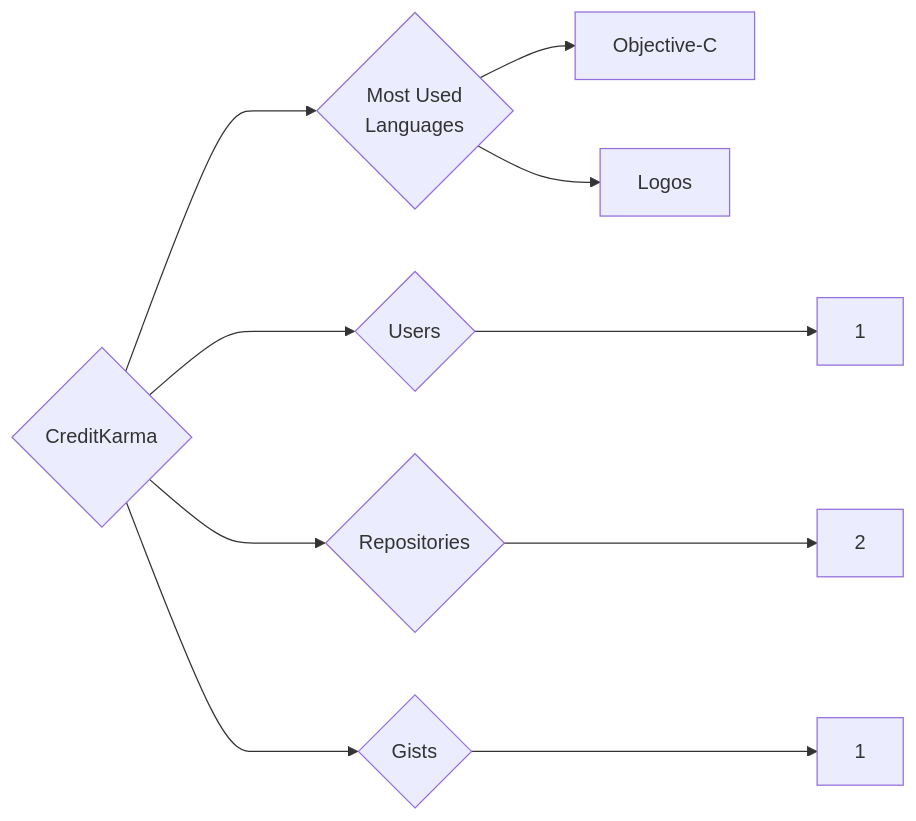
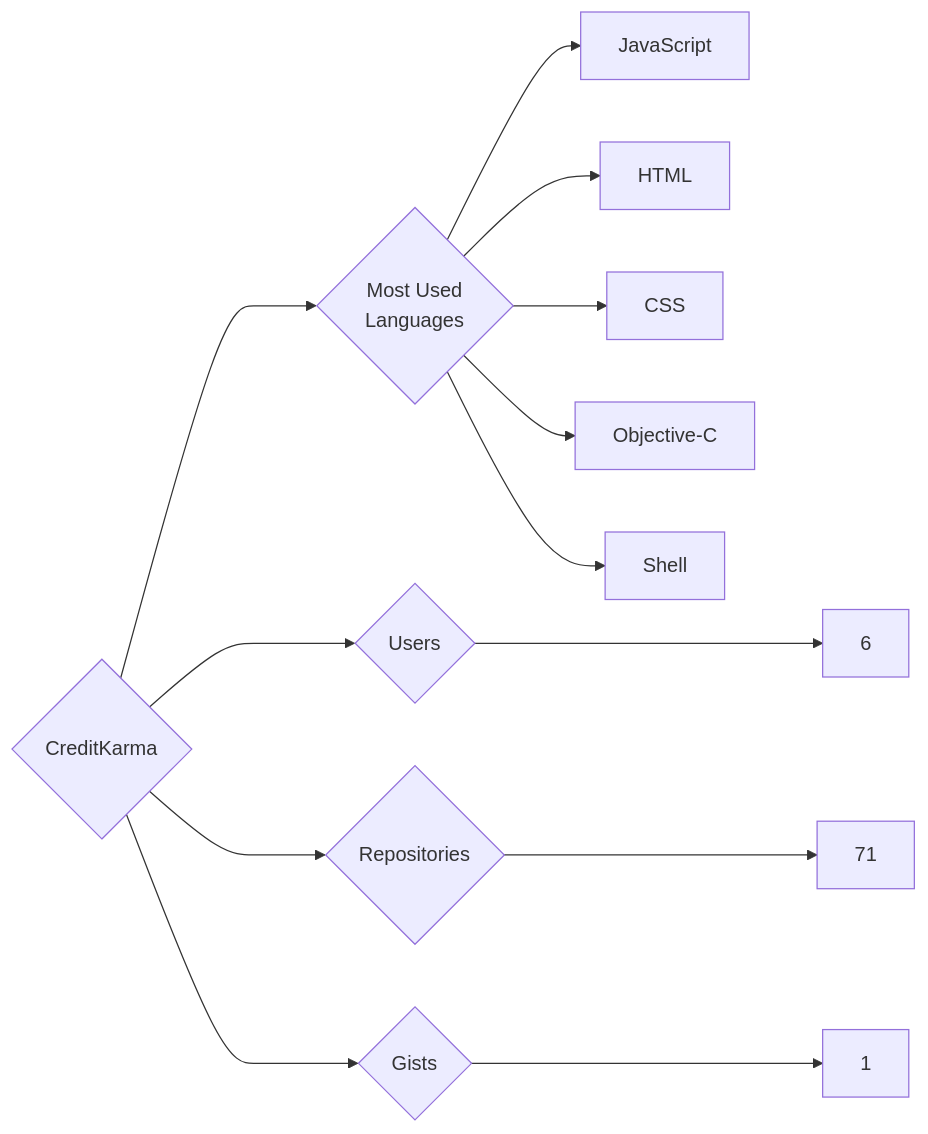
Before and after one commit to trickest/insiders: the diagram in targets/CreditKarma/README.md, drawn with Mermaid. The commit also changed 998 other files, not shown here.

````diff
--- a/targets/CreditKarma/README.md
+++ b/targets/CreditKarma/README.md
@@ -3,10 +3,13 @@
 ```mermaid
 graph LR
 COMPANY_NAME{CreditKarma}
-COMPANY_NAME ---> U{Users} ---> UN[1]
-COMPANY_NAME ---> R{Repositories} ---> RN[2]
+COMPANY_NAME ---> U{Users} ---> UN[6]
+COMPANY_NAME ---> R{Repositories} ---> RN[71]
 COMPANY_NAME ---> G{Gists} ---> GN[1]
 COMPANY_NAME ---> ML{Most Used<br>Languages}
+ML --> JavaScript[JavaScript]
+ML --> HTML[HTML]
+ML --> CSS[CSS]
 ML --> Objective-C[Objective-C]
-ML --> Logos[Logos]
+ML --> Shell[Shell]
 ```
````
